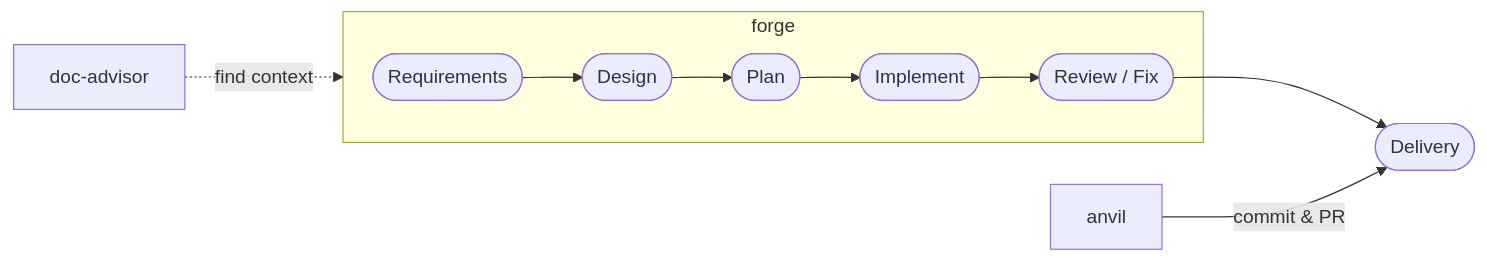
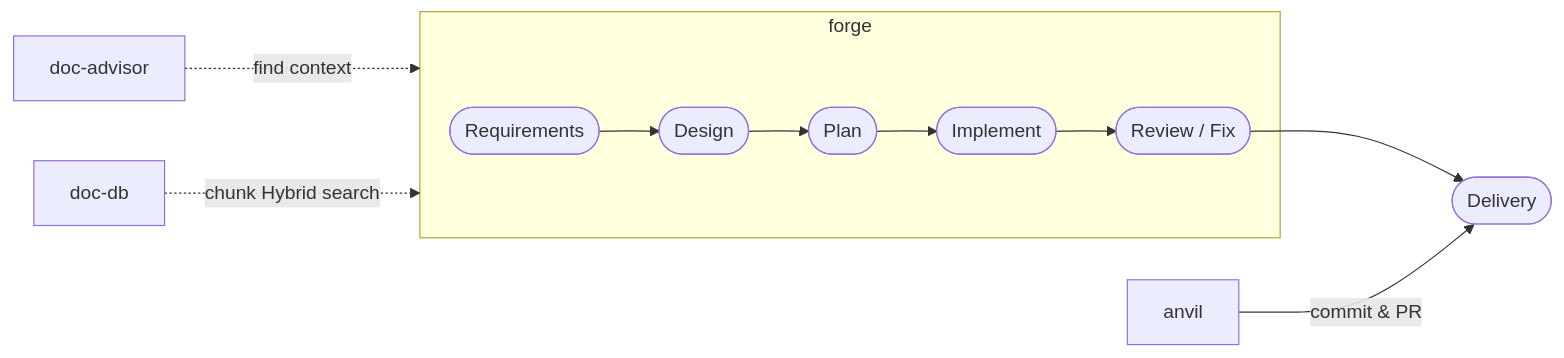
One commit to BlueEventHorizon/bw-cc-plugins changed the first of 2 diagrams in README_en.md. Above: the diagram before and after it, drawn with Mermaid. The commit also changed other lines of this file and 2 other files, not shown here.

````diff
--- a/README_en.md
+++ b/README_en.md
@@ -24,9 +26,10 @@
 ```mermaid
 flowchart LR
     subgraph forge
         R([Requirements]) --> D([Design]) --> P([Plan]) --> I([Implement]) --> RF([Review / Fix])
     end
     RF --> DL([Delivery])
     DA[doc-advisor] -. find context .-> forge
+    DB[doc-db] -. chunk Hybrid search .-> forge
     AV[anvil] -- commit & PR --> DL
 ```
````
